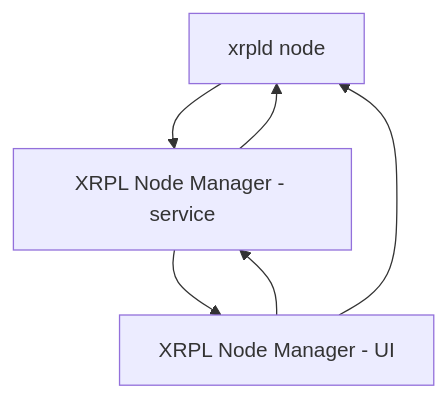
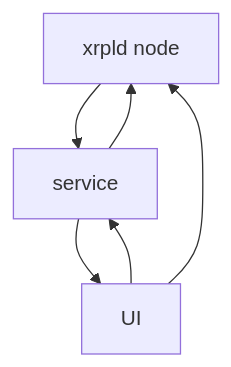
One commit to elmurci/xrpl-node-manager changed the diagram in README.md. Above: the diagram before and after it, drawn with Mermaid.

Commit message:
docs: fix diagram format

````diff
--- a/README.md
+++ b/README.md
@@ -14,8 +14,8 @@
 ```mermaid
 graph TD
-    A[xrpld node] -->B[XRPL Node Manager - service]
-    B[XRPL Node Manager - service] -->A[xrpld node]
-    B[XRPL Node Manager - service]-->C[XRPL Node Manager - UI]
-    C[XRPL Node Manager - UI]-->B[XRPL Node Manager - service]
-    C[XRPL Node Manager - UI]-->A[xrpld node]
+    A[xrpld node] -->B[service]
+    B[service] -->A[xrpld node]
+    B[service]-->C[UI]
+    C[UI]-->B[service]
+    C[UI]-->A[xrpld node]
 ```
````
